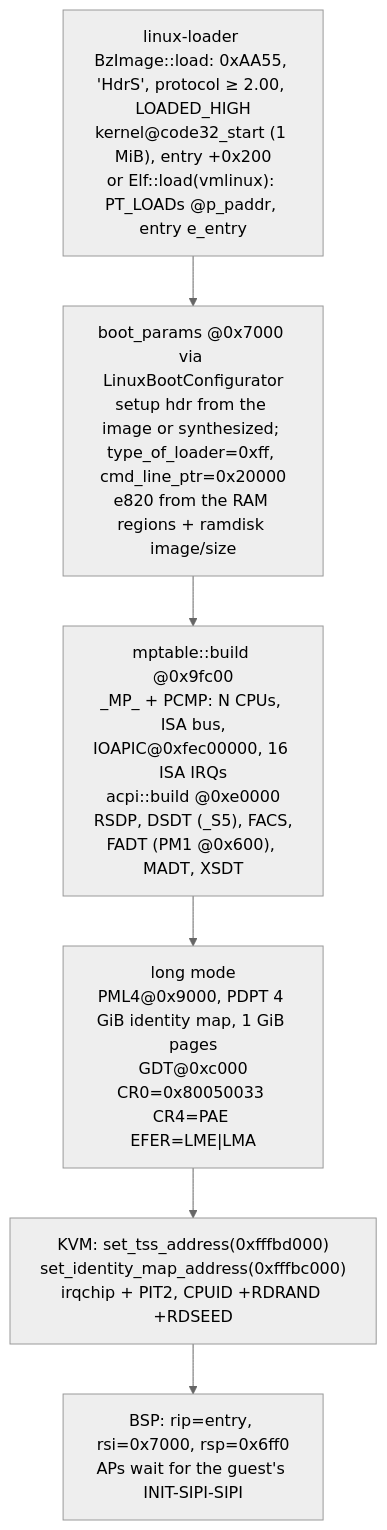
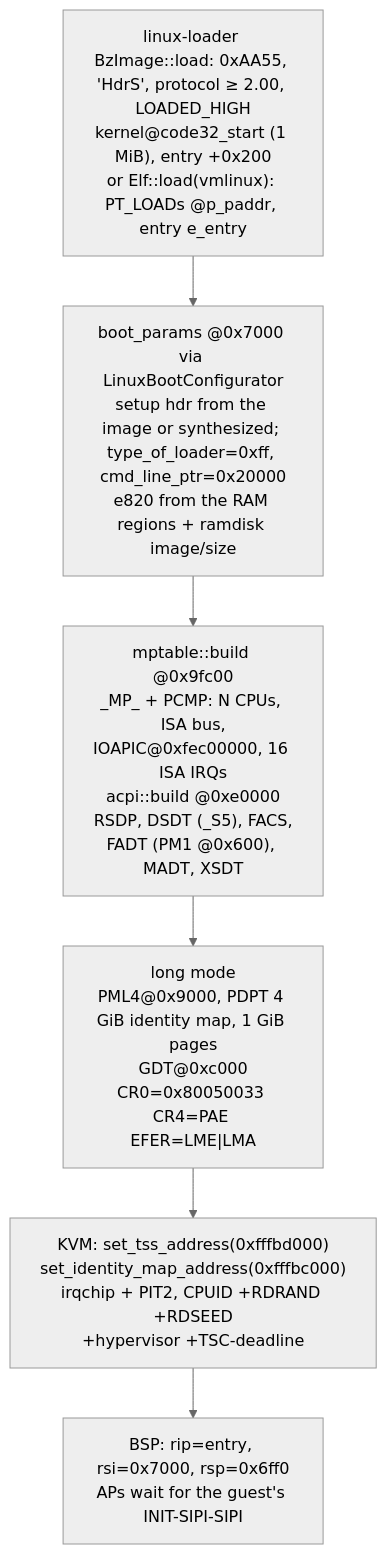
One commit to brig-sh/hvi-vmm changed the third of 4 diagrams in docs/architecture.md. Above: the diagram before and after it, drawn with Mermaid (neutral theme). The commit also changed other lines of this file and 5 other files, not shown here.

````diff
--- a/docs/architecture.md
+++ b/docs/architecture.md
@@ -262,9 +262,9 @@
 ```mermaid
 flowchart TB
     A["linux-loader BzImage::load: 0xAA55, 'HdrS', protocol ≥ 2.00, LOADED_HIGH<br/>kernel@code32_start (1 MiB), entry +0x200<br/>or Elf::load(vmlinux): PT_LOADs @p_paddr, entry e_entry"] --> B
     B["boot_params @0x7000 via LinuxBootConfigurator<br/>setup hdr from the image or synthesized; type_of_loader=0xff, cmd_line_ptr=0x20000<br/>e820 from the RAM regions + ramdisk image/size"] --> C
     C["mptable::build @0x9fc00<br/>_MP_ + PCMP: N CPUs, ISA bus,<br/>IOAPIC@0xfec00000, 16 ISA IRQs<br/>acpi::build @0xe0000<br/>RSDP, DSDT (_S5), FACS,<br/>FADT (PM1 @0x600), MADT, XSDT"] --> D
     D["long mode<br/>PML4@0x9000, PDPT 4 GiB identity map, 1 GiB pages<br/>GDT@0xc000<br/>CR0=0x80050033 CR4=PAE EFER=LME|LMA"] --> E
-    E["KVM: set_tss_address(0xfffbd000)<br/>set_identity_map_address(0xfffbc000)<br/>irqchip + PIT2, CPUID +RDRAND +RDSEED"] --> F
+    E["KVM: set_tss_address(0xfffbd000)<br/>set_identity_map_address(0xfffbc000)<br/>irqchip + PIT2, CPUID +RDRAND +RDSEED<br/>+hypervisor +TSC-deadline"] --> F
     F["BSP: rip=entry, rsi=0x7000, rsp=0x6ff0<br/>APs wait for the guest's INIT-SIPI-SIPI"]
 ```
````
